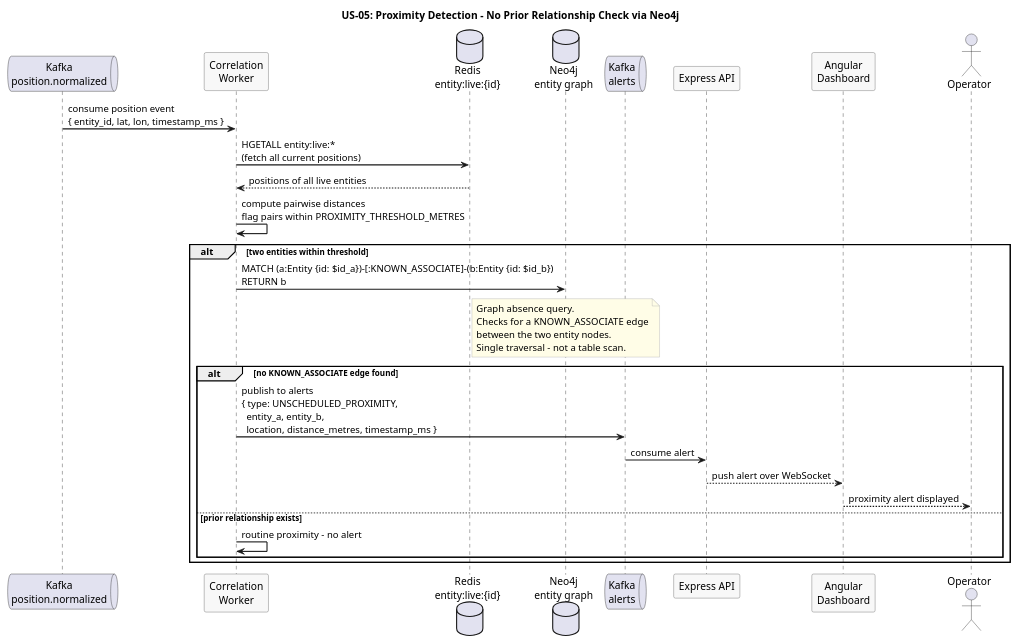
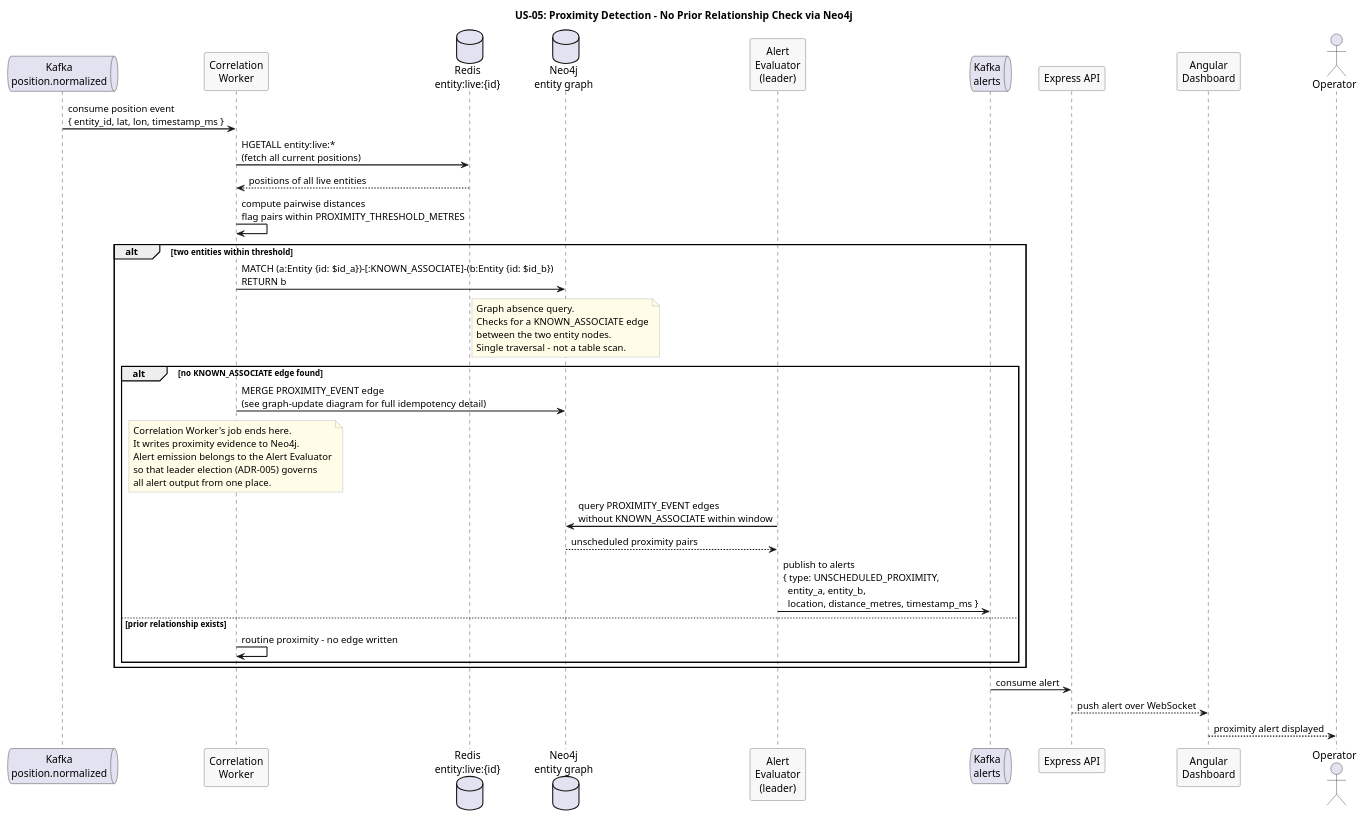
One commit to Buffden/sentinel changed the diagram in docs/use-cases/US-05-unscheduled-proximity/proximity-detection.puml. Above: the diagram before and after it, drawn with PlantUML. The commit also changed 2 other files, not shown here.

Commit message:
docs: fix ingestion pipeline stages and alert emission path in architecture and use case diagrams

```diff
--- a/docs/use-cases/US-05-unscheduled-proximity/proximity-detection.puml
+++ b/docs/use-cases/US-05-unscheduled-proximity/proximity-detection.puml
@@ -1,46 +1,60 @@
 @startuml proximity-detection
 title US-05: Proximity Detection - No Prior Relationship Check via Neo4j
 
 skinparam sequenceArrowThickness 1.5
 skinparam participantBorderColor #555555
 skinparam participantBackgroundColor #F8F8F8
 skinparam noteBorderColor #AAAAAA
 skinparam noteBackgroundColor #FFFDE7
 
 queue "Kafka\nposition.normalized" as Kafka
 participant "Correlation\nWorker" as Correlation
 database "Redis\nentity:live:{id}" as Redis
 database "Neo4j\nentity graph" as Neo4j
+participant "Alert\nEvaluator\n(leader)" as Evaluator
 queue "Kafka\nalerts" as Alerts
 participant "Express API" as API
 participant "Angular\nDashboard" as Dashboard
 actor Operator
 
 Kafka -> Correlation : consume position event\n{ entity_id, lat, lon, timestamp_ms }
 
 Correlation -> Redis : HGETALL entity:live:*\n(fetch all current positions)
 Redis --> Correlation : positions of all live entities
 
 Correlation -> Correlation : compute pairwise distances\nflag pairs within PROXIMITY_THRESHOLD_METRES
 
 alt two entities within threshold
   Correlation -> Neo4j : MATCH (a:Entity {id: $id_a})-[:KNOWN_ASSOCIATE]-(b:Entity {id: $id_b})\nRETURN b
 
   note over Neo4j
     Graph absence query.
     Checks for a KNOWN_ASSOCIATE edge
     between the two entity nodes.
     Single traversal - not a table scan.
   end note
 
   alt no KNOWN_ASSOCIATE edge found
-    Correlation -> Alerts : publish to alerts\n{ type: UNSCHEDULED_PROXIMITY,\n  entity_a, entity_b,\n  location, distance_metres, timestamp_ms }
-    Alerts -> API : consume alert
-    API --> Dashboard : push alert over WebSocket
-    Dashboard --> Operator : proximity alert displayed
+    Correlation -> Neo4j : MERGE PROXIMITY_EVENT edge\n(see graph-update diagram for full idempotency detail)
+
+    note over Correlation
+      Correlation Worker's job ends here.
+      It writes proximity evidence to Neo4j.
+      Alert emission belongs to the Alert Evaluator
+      so that leader election (ADR-005) governs
+      all alert output from one place.
+    end note
+
+    Evaluator -> Neo4j : query PROXIMITY_EVENT edges\nwithout KNOWN_ASSOCIATE within window
+    Neo4j --> Evaluator : unscheduled proximity pairs
+    Evaluator -> Alerts : publish to alerts\n{ type: UNSCHEDULED_PROXIMITY,\n  entity_a, entity_b,\n  location, distance_metres, timestamp_ms }
   else prior relationship exists
-    Correlation -> Correlation : routine proximity - no alert
+    Correlation -> Correlation : routine proximity - no edge written
   end
 end
 
+Alerts -> API : consume alert
+API --> Dashboard : push alert over WebSocket
+Dashboard --> Operator : proximity alert displayed
+
 @enduml
```
